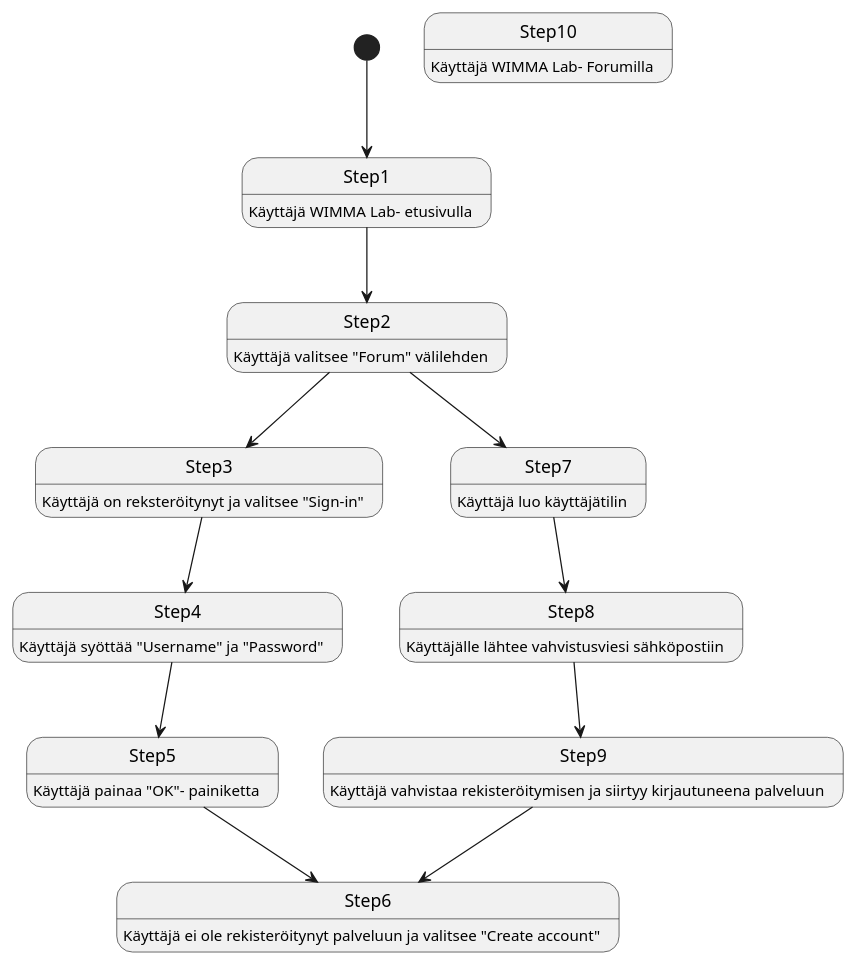
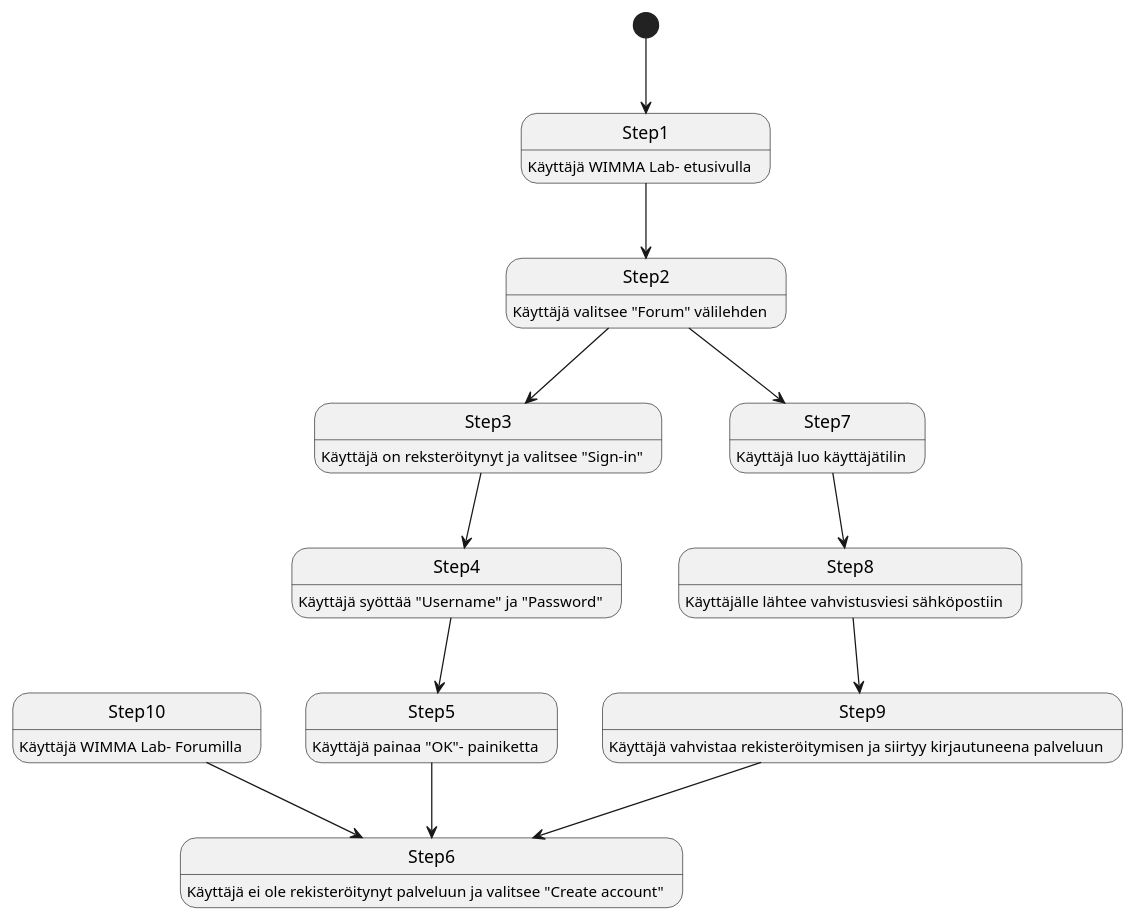
The third of 7 diagrams in dokumentit/20-Vaatimustenhallinta/vaatimusmaaritely-tiivis.md (ninaleo/S2021-AB5160-core), drawn with PlantUML before and after one commit.

````diff
--- a/dokumentit/20-Vaatimustenhallinta/vaatimusmaaritely-tiivis.md
+++ b/dokumentit/20-Vaatimustenhallinta/vaatimusmaaritely-tiivis.md
@@ -117,24 +117,25 @@
 ```plantuml
 Step1: Käyttäjä WIMMA Lab- etusivulla 
 Step2: Käyttäjä valitsee "Forum" välilehden  
 Step3: Käyttäjä on reksteröitynyt ja valitsee "Sign-in" 
 Step4: Käyttäjä syöttää "Username" ja "Password"
 Step5: Käyttäjä painaa "OK"- painiketta
 Step6: Käyttäjä ei ole rekisteröitynyt palveluun ja valitsee "Create account"
 Step7: Käyttäjä luo käyttäjätilin
 Step8: Käyttäjälle lähtee vahvistusviesi sähköpostiin
 Step9: Käyttäjä vahvistaa rekisteröitymisen ja siirtyy kirjautuneena palveluun
 Step10: Käyttäjä WIMMA Lab- Forumilla
 
 
 [*] --> Step1
 Step1 --> Step2
 Step2 --> Step3
 Step2 --> Step7
 Step3 --> Step4
 Step7 --> Step8
 Step4 --> Step5
 Step8 --> Step9
 Step5 --> Step6 
 Step9 --> Step6
+Step10 --> Step6
 ```
````
